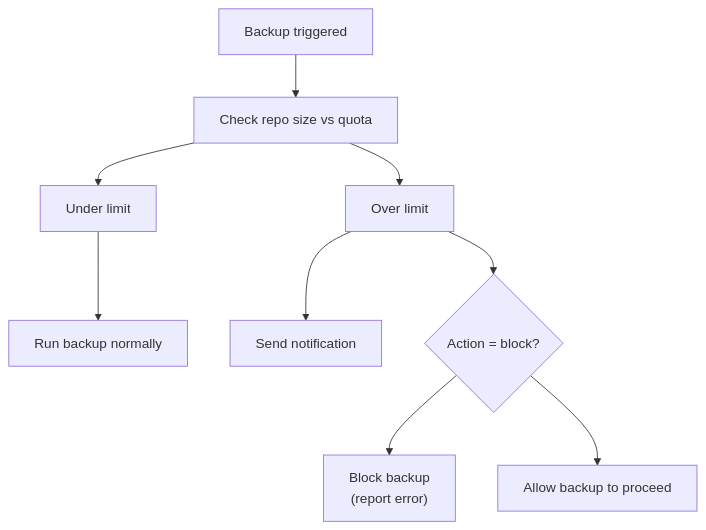
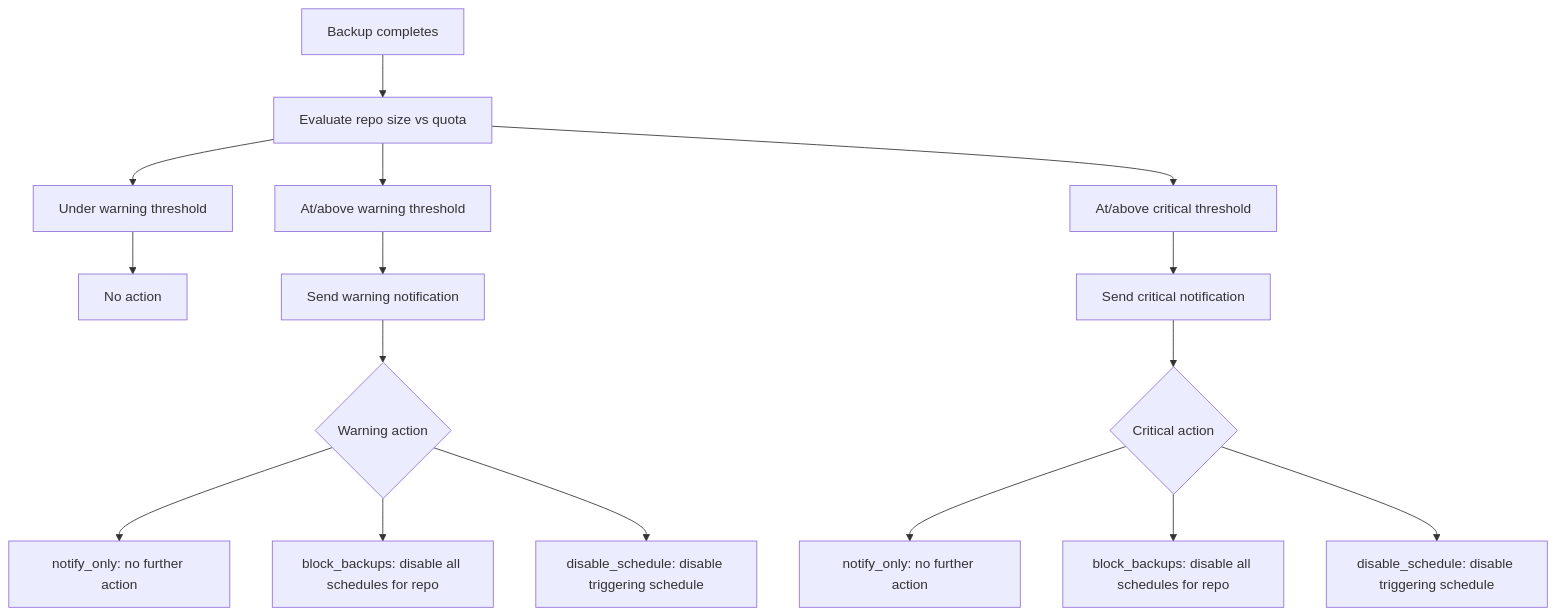
The diagram in docs/quotas.md (alexmohr/assimilate), drawn with Mermaid before and after one commit. The commit also changed other lines of this file and 43 other files, not shown here.

````diff
--- a/docs/quotas.md
+++ b/docs/quotas.md
@@ -44,10 +49,17 @@
 ```mermaid
 flowchart TD
-    Trigger["Backup triggered"] --> Check["Check repo size vs quota"]
-    Check --> Under["Under limit"] --> Proceed["Run backup normally"]
-    Check --> Over["Over limit"]
-    Over --> Notify["Send notification"]
-    Over --> BlockCheck{"Action = block?"}
-    BlockCheck --> Yes["Block backup\n(report error)"]
-    BlockCheck --> No["Allow backup to proceed"]
+    Complete["Backup completes"] --> Check["Evaluate repo size vs quota"]
+    Check --> Ok["Under warning threshold"] --> Done["No action"]
+    Check --> Warn["At/above warning threshold"]
+    Check --> Crit["At/above critical threshold"]
+    Warn --> WarnNotify["Send warning notification"]
+    Crit --> CritNotify["Send critical notification"]
+    WarnNotify --> WarnAction{"Warning action"}
+    CritNotify --> CritAction{"Critical action"}
+    WarnAction --> WNotifyOnly["notify_only: no further action"]
+    WarnAction --> WBlock["block_backups: disable all schedules for repo"]
+    WarnAction --> WDisable["disable_schedule: disable triggering schedule"]
+    CritAction --> CNotifyOnly["notify_only: no further action"]
+    CritAction --> CBlock["block_backups: disable all schedules for repo"]
+    CritAction --> CDisable["disable_schedule: disable triggering schedule"]
 ```
````
